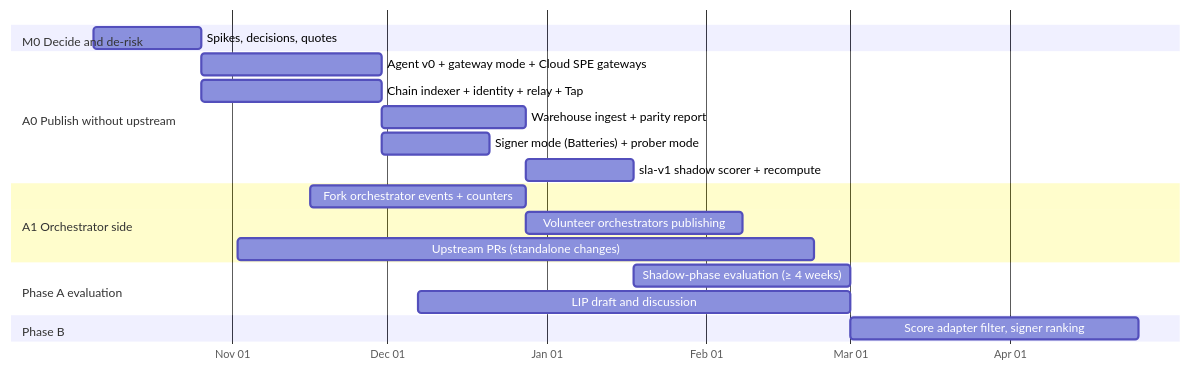
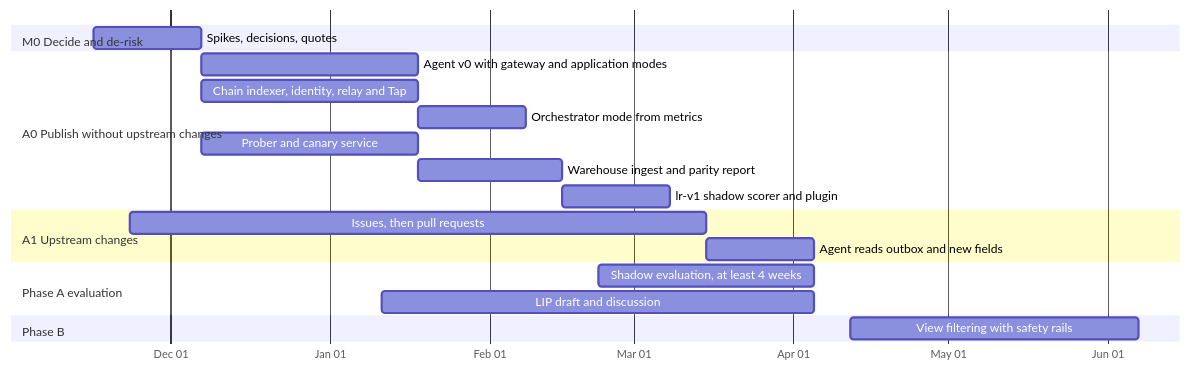
Before and after one commit to Cloud-SPE/Livepeer-AT-Protocol: the third of 3 diagrams in implementation-plan.md, drawn with Mermaid. The commit also changed other lines of this file and 6 other files, not shown here.

````diff
--- a/implementation-plan.md
+++ b/implementation-plan.md
@@ -1085,22 +828,22 @@
 ```mermaid
 gantt
   dateFormat YYYY-MM-DD
   axisFormat %b %d
   section M0 Decide and de-risk
-  Spikes, decisions, quotes              :m0, 2026-10-05, 3w
-  section A0 Publish without upstream
-  Agent v0 + gateway mode + Cloud SPE gateways   :a0a, after m0, 5w
-  Chain indexer + identity + relay + Tap        :a0b, after m0, 5w
-  Warehouse ingest + parity report              :a0c, after a0a, 4w
-  Signer mode (Batteries) + prober mode         :a0d, after a0a, 3w
-  sla-v1 shadow scorer + recompute              :a0e, after a0c, 3w
-  section A1 Orchestrator side
-  Fork orchestrator events + counters           :a1a, 2026-11-16, 6w
-  Volunteer orchestrators publishing            :a1b, after a1a, 6w
-  Upstream PRs (standalone changes)             :a1c, 2026-11-02, 16w
+  Spikes, decisions, quotes                     :m0, 2026-11-16, 3w
+  section A0 Publish without upstream changes
+  Agent v0 with gateway and application modes   :a0a, after m0, 6w
+  Chain indexer, identity, relay and Tap        :a0b, after m0, 6w
+  Orchestrator mode from metrics                :a0c, after a0a, 3w
+  Prober and canary service                     :a0d, after m0, 6w
+  Warehouse ingest and parity report            :a0e, after a0a, 4w
+  lr-v1 shadow scorer and plugin                :a0f, after a0e, 3w
+  section A1 Upstream changes
+  Issues, then pull requests                    :a1a, 2026-11-23, 16w
+  Agent reads outbox and new fields             :a1b, after a1a, 3w
   section Phase A evaluation
-  Shadow-phase evaluation (≥ 4 weeks)           :ev, 2027-01-18, 6w
-  LIP draft and discussion                      :lip, 2026-12-07, 12w
+  Shadow evaluation, at least 4 weeks           :ev, 2027-02-22, 6w
+  LIP draft and discussion                      :lip, 2027-01-11, 12w
   section Phase B
-  Score adapter filter, signer ranking          :b, 2027-03-01, 8w
+  View filtering with safety rails              :b, 2027-04-12, 8w
 ```
````
